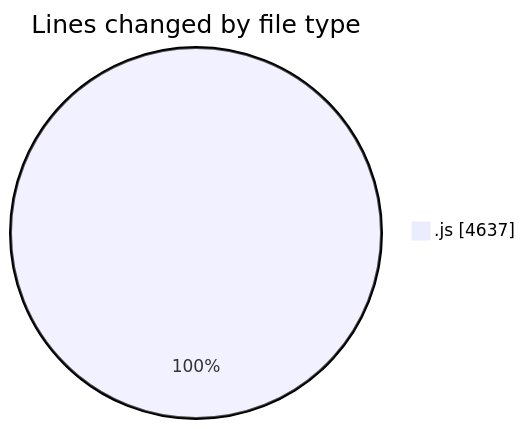
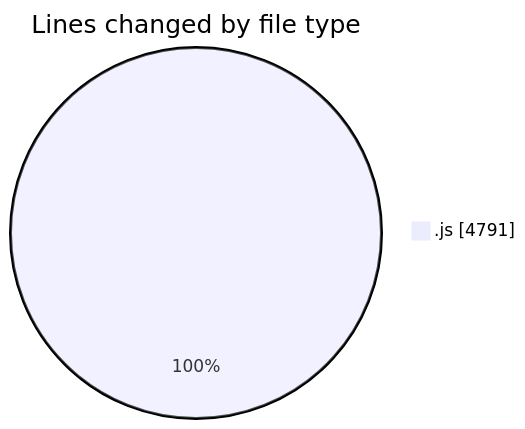
The first of 2 diagrams in 2025-10-15/nxtqube_webapp/README.md (nxtqubesakshisongat/code-tracking), drawn with Mermaid before and after one commit. The commit also changed other lines of this file and 1 other file, not shown here.

````diff
--- a/2025-10-15/nxtqube_webapp/README.md
+++ b/2025-10-15/nxtqube_webapp/README.md
@@ -21,5 +21,5 @@
 ```mermaid
 pie showData
 title Lines changed by file type
-".js" : 4637
+".js" : 4791
 ```
````
